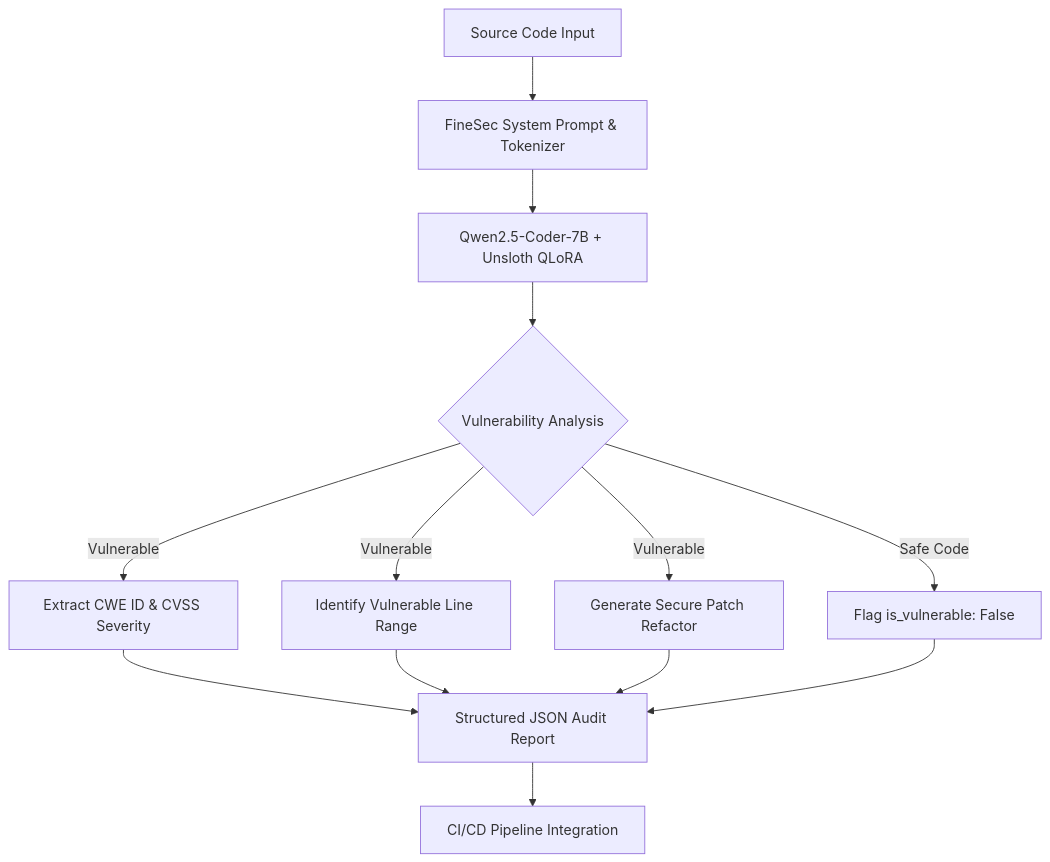
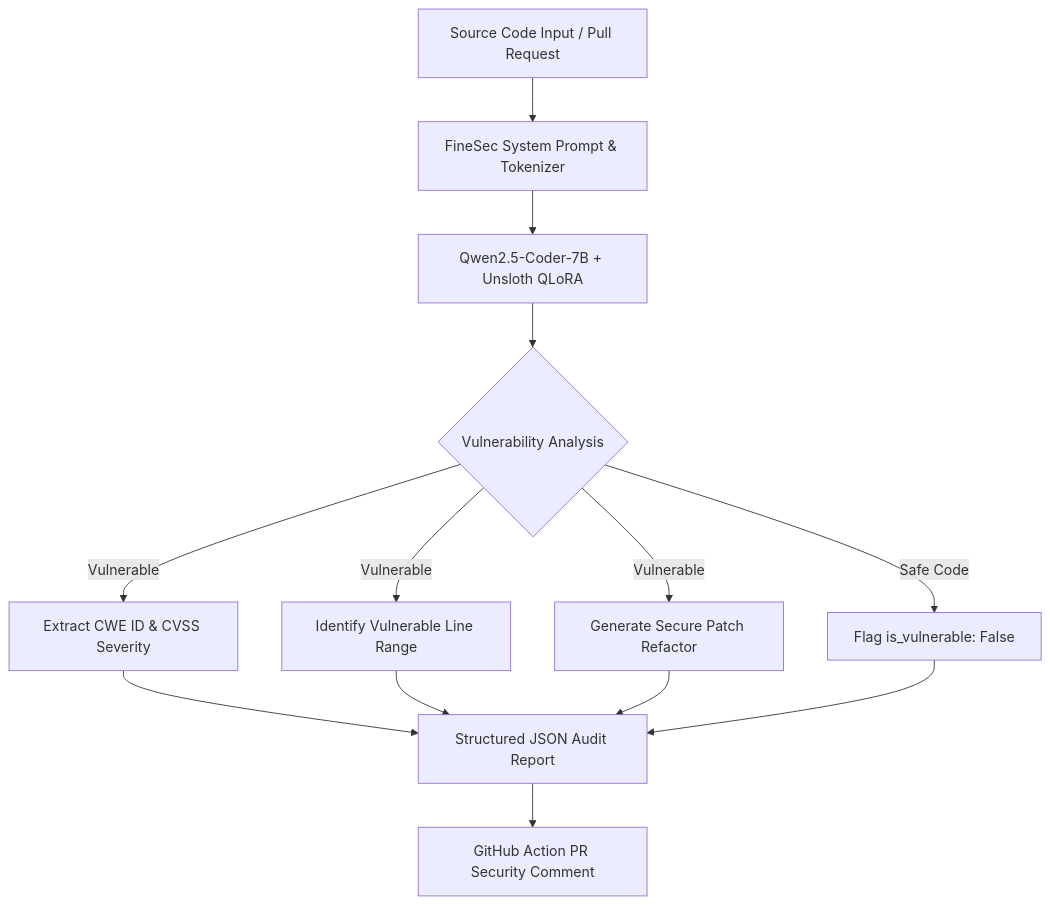
The diagram in README.md (z0uz/FineSec_detect), drawn with Mermaid before and after one commit. The commit also changed other lines of this file and 4 other files, not shown here.

Commit message:
Add production FineSec Security Auditor GitHub Action for CI/CD pipelines

````diff
--- a/README.md
+++ b/README.md
@@ -57,15 +92,15 @@
 ```mermaid
 flowchart TD
-    A[Source Code Input] --> B[FineSec System Prompt & Tokenizer]
+    A[Source Code Input / Pull Request] --> B[FineSec System Prompt & Tokenizer]
     B --> C[Qwen2.5-Coder-7B + Unsloth QLoRA]
     C --> D{Vulnerability Analysis}
     D -->|Vulnerable| E[Extract CWE ID & CVSS Severity]
     D -->|Vulnerable| F[Identify Vulnerable Line Range]
     D -->|Vulnerable| G[Generate Secure Patch Refactor]
     D -->|Safe Code| H[Flag is_vulnerable: False]
     E --> I[Structured JSON Audit Report]
     F --> I
     G --> I
     H --> I
-    I --> J[CI/CD Pipeline Integration]
+    I --> J[GitHub Action PR Security Comment]
 ```
````
